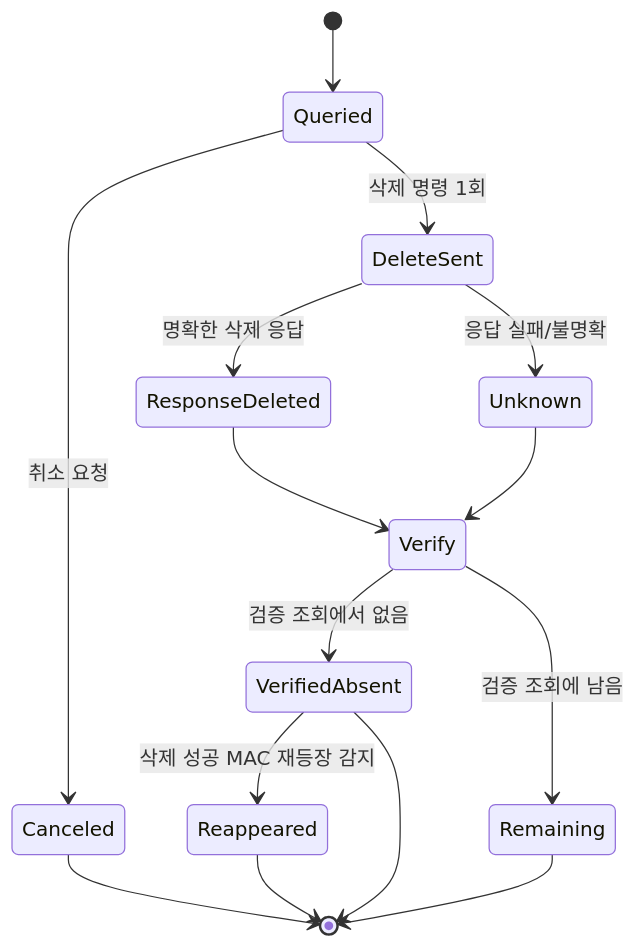
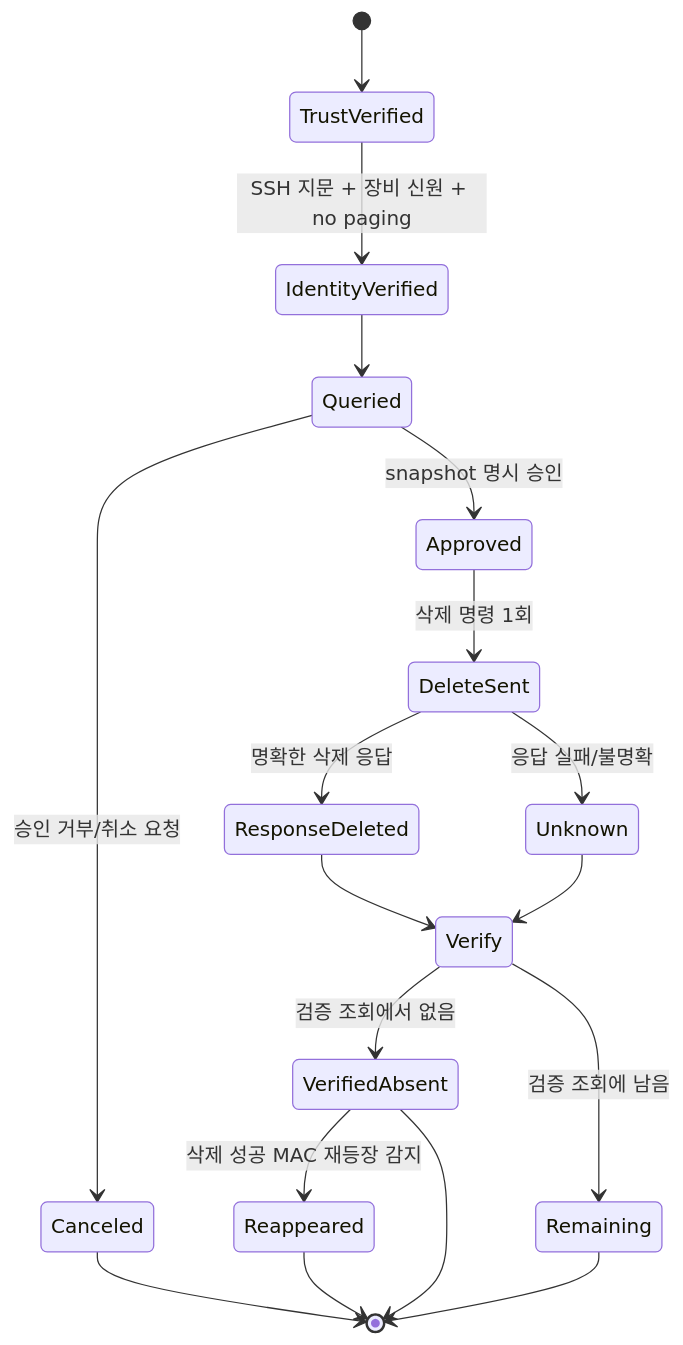
Before and after one commit to sebia1993/aruba-mm-session-cleanup: the diagram in docs/SAFETY_MODEL.md, drawn with Mermaid. The commit also changed other lines of this file and 40 other files, not shown here.

````diff
--- a/docs/SAFETY_MODEL.md
+++ b/docs/SAFETY_MODEL.md
@@ -28,17 +33,20 @@
 ```mermaid
 stateDiagram-v2
-    [*] --> Queried
-    Queried --> Canceled: 취소 요청
-    Queried --> DeleteSent: 삭제 명령 1회
+    [*] --> TrustVerified
+    TrustVerified --> IdentityVerified: SSH 지문 + 장비 신원 + no paging
+    IdentityVerified --> Queried
+    Queried --> Canceled: 승인 거부/취소 요청
+    Queried --> Approved: snapshot 명시 승인
+    Approved --> DeleteSent: 삭제 명령 1회
     DeleteSent --> ResponseDeleted: 명확한 삭제 응답
     DeleteSent --> Unknown: 응답 실패/불명확
     ResponseDeleted --> Verify
     Unknown --> Verify
     Verify --> VerifiedAbsent: 검증 조회에서 없음
     Verify --> Remaining: 검증 조회에 남음
     VerifiedAbsent --> Reappeared: 삭제 성공 MAC 재등장 감지
     Reappeared --> [*]
     Remaining --> [*]
     Canceled --> [*]
     VerifiedAbsent --> [*]
 ```
````
